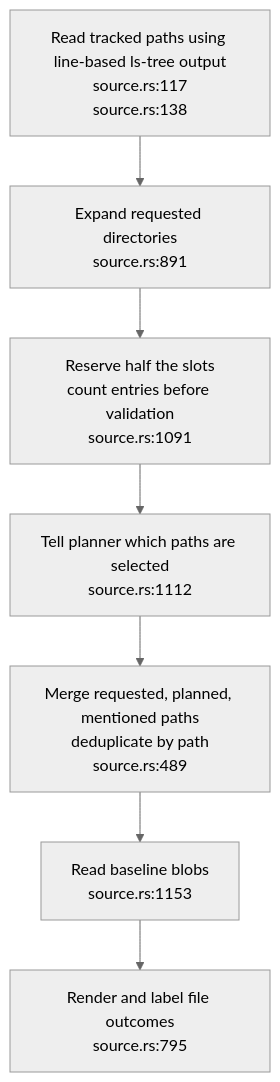
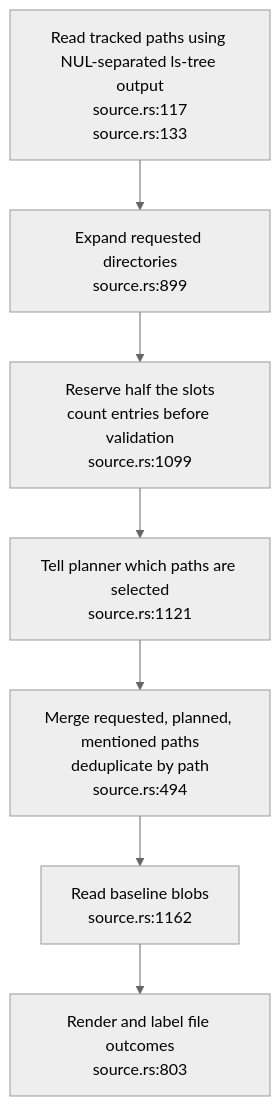
One commit to DreamLab-AI/VisionFlow changed the second of 3 diagrams in docs/diagrams/dream-engine/03-recovery-and-source-supply.md. Above: the diagram before and after it, drawn with Mermaid (neutral theme). The commit also changed other lines of this file and 36 other files, not shown here.

First line of the commit message:
docs(diagrams): re-derive and re-stamp agentbox, dream-engine, visioncraft, visiontouch and vowl topics; drop LAN addresses

````diff
--- a/docs/diagrams/dream-engine/03-recovery-and-source-supply.md
+++ b/docs/diagrams/dream-engine/03-recovery-and-source-supply.md
@@ -43,9 +43,9 @@
 ```mermaid
 flowchart TB
-    TREE["Read tracked paths using line-based ls-tree output<br/>source.rs:117<br/>source.rs:138"] --> EXPAND["Expand requested directories<br/>source.rs:891"]
-    EXPAND --> CAP["Reserve half the slots<br/>count entries before validation<br/>source.rs:1091"]
-    CAP --> PLAN["Tell planner which paths are selected<br/>source.rs:1112"]
-    PLAN --> MERGE["Merge requested, planned, mentioned paths<br/>deduplicate by path<br/>source.rs:489"]
-    MERGE --> READ["Read baseline blobs<br/>source.rs:1153"]
-    READ --> RENDER["Render and label file outcomes<br/>source.rs:795"]
+    TREE["Read tracked paths using NUL-separated ls-tree output<br/>source.rs:117<br/>source.rs:133"] --> EXPAND["Expand requested directories<br/>source.rs:899"]
+    EXPAND --> CAP["Reserve half the slots<br/>count entries before validation<br/>source.rs:1099"]
+    CAP --> PLAN["Tell planner which paths are selected<br/>source.rs:1121"]
+    PLAN --> MERGE["Merge requested, planned, mentioned paths<br/>deduplicate by path<br/>source.rs:494"]
+    MERGE --> READ["Read baseline blobs<br/>source.rs:1162"]
+    READ --> RENDER["Render and label file outcomes<br/>source.rs:803"]
 ```
````
